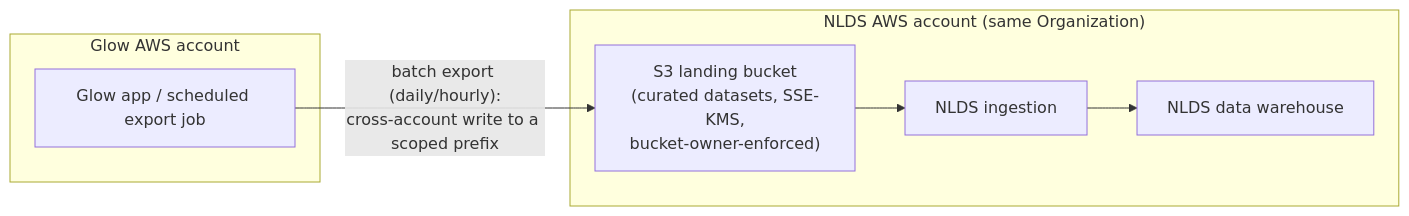
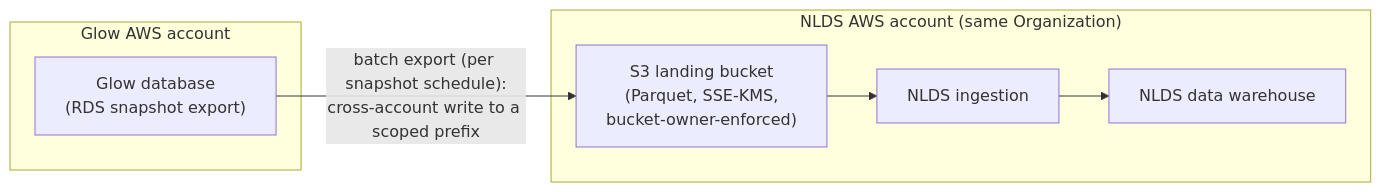
The diagram in docs/decisions/0005-glow-nlds-warehouse-connector.md (String-sg/onward), drawn with Mermaid before and after one commit. The commit also changed other lines of this file, not shown here.

First line of the commit message:
docs: revise ADR 0005 to whole-DB export via RDS snapshot, no curation requirement

````diff
--- a/docs/decisions/0005-glow-nlds-warehouse-connector.md
+++ b/docs/decisions/0005-glow-nlds-warehouse-connector.md
@@ -104,14 +111,14 @@
 ```mermaid
 flowchart LR
     subgraph GlowAcct["Glow AWS account"]
-        Glow["Glow app / scheduled export job"]
+        Glow["Glow database<br/>(RDS snapshot export)"]
     end
     subgraph NldsAcct["NLDS AWS account (same Organization)"]
-        Bucket["S3 landing bucket<br/>(curated datasets, SSE-KMS,<br/>bucket-owner-enforced)"]
+        Bucket["S3 landing bucket<br/>(Parquet, SSE-KMS,<br/>bucket-owner-enforced)"]
         Ingest["NLDS ingestion"]
         Warehouse["NLDS data warehouse"]
         Bucket --> Ingest
         Ingest --> Warehouse
     end
-    Glow -->|"batch export (daily/hourly):<br/>cross-account write to a scoped prefix"| Bucket
+    Glow -->|"batch export (per snapshot schedule):<br/>cross-account write to a scoped prefix"| Bucket
 ```
````
